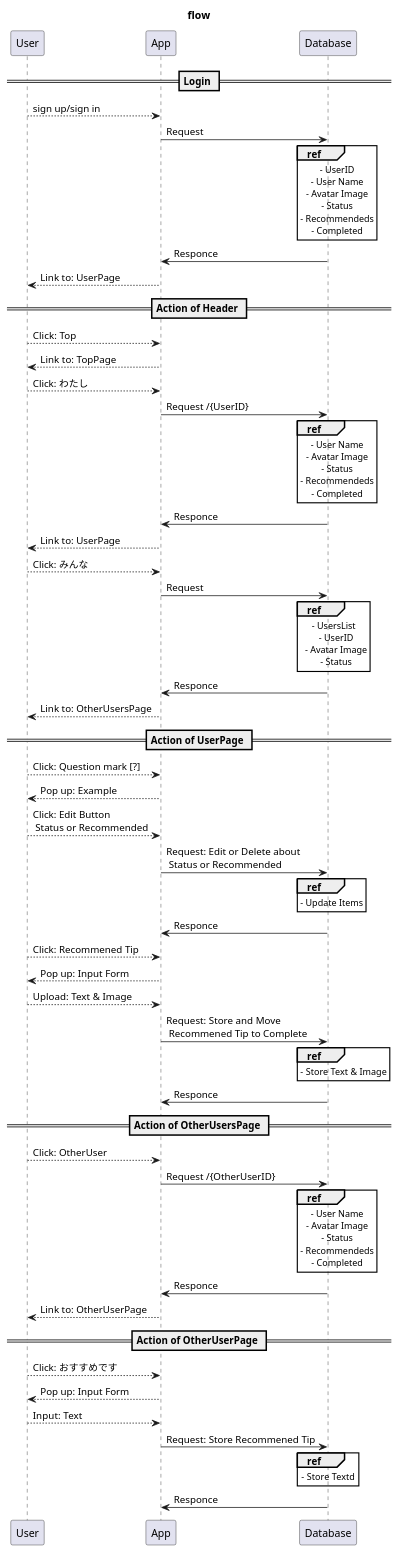
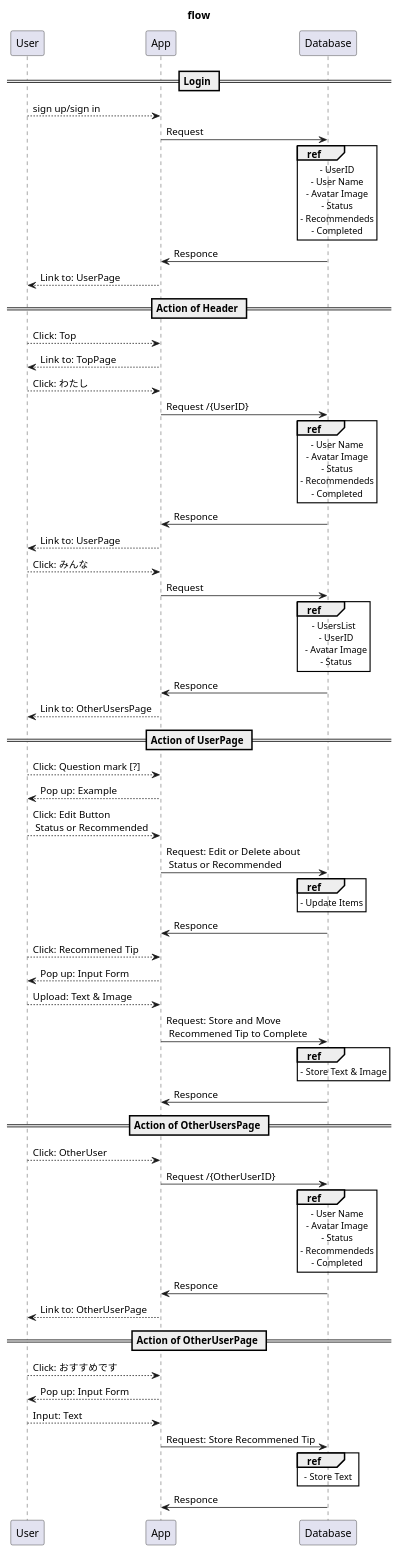
Before and after one commit to punipuni21/HackU_team1: the diagram in specifications/images/flow.pu, drawn with PlantUML. The commit also changed 1 other file, not shown here.

Commit message:
図の誤植の修正

```diff
--- a/specifications/images/flow.pu
+++ b/specifications/images/flow.pu
@@ -1,107 +1,107 @@
 @startuml
 title flow
 
 == Login ==
 User --> App: sign up/sign in
 App -> Database: Request
 
 ref over Database
   - UserID
   - User Name
   - Avatar Image
   - Status
   - Recommendeds
   - Completed
 end ref
 
 Database -> App: Responce
 App --> User: Link to: UserPage
 
 == Action of Header ==
 User --> App: Click: Top
 App --> User: Link to: TopPage
 
 User --> App: Click: わたし
 
 
 App -> Database: Request /{UserID}
 
 ref over Database
   - User Name
   - Avatar Image
   - Status
   - Recommendeds
   - Completed
 end ref
 
 Database -> App: Responce
 App --> User: Link to: UserPage
 
 
 User --> App: Click: みんな
 App -> Database: Request
 
 ref over Database
   - UsersList
     - UserID
     - Avatar Image
     - Status
 end ref
 
 Database -> App: Responce
 App --> User: Link to: OtherUsersPage
 
 == Action of UserPage ==
 
 User --> App: Click: Question mark [?]
 App --> User: Pop up: Example
 
 User --> App: Click: Edit Button \n Status or Recommended
 App -> Database: Request: Edit or Delete about \n Status or Recommended
 
 ref over Database
   - Update Items
 end ref
 
 Database -> App: Responce
 
 User --> App: Click: Recommened Tip
 App --> User: Pop up: Input Form
 User --> App: Upload: Text & Image
 App -> Database: Request: Store and Move \n Recommened Tip to Complete
 
 ref over Database
   - Store Text & Image
 end ref
 
 Database -> App: Responce
 
 == Action of OtherUsersPage ==
 User --> App: Click: OtherUser
 App -> Database: Request /{OtherUserID}
 
 ref over Database
   - User Name
   - Avatar Image
   - Status
   - Recommendeds
   - Completed
 end ref
 
 Database -> App: Responce
 App --> User: Link to: OtherUserPage
 
 == Action of OtherUserPage ==
 
 User --> App: Click: おすすめです
 App --> User: Pop up: Input Form 
 User --> App: Input: Text
 
 App -> Database: Request: Store Recommened Tip
 ref over Database
-  - Store Textd
+  - Store Text
 end ref
 
 Database -> App: Responce
 
 @enduml
```
